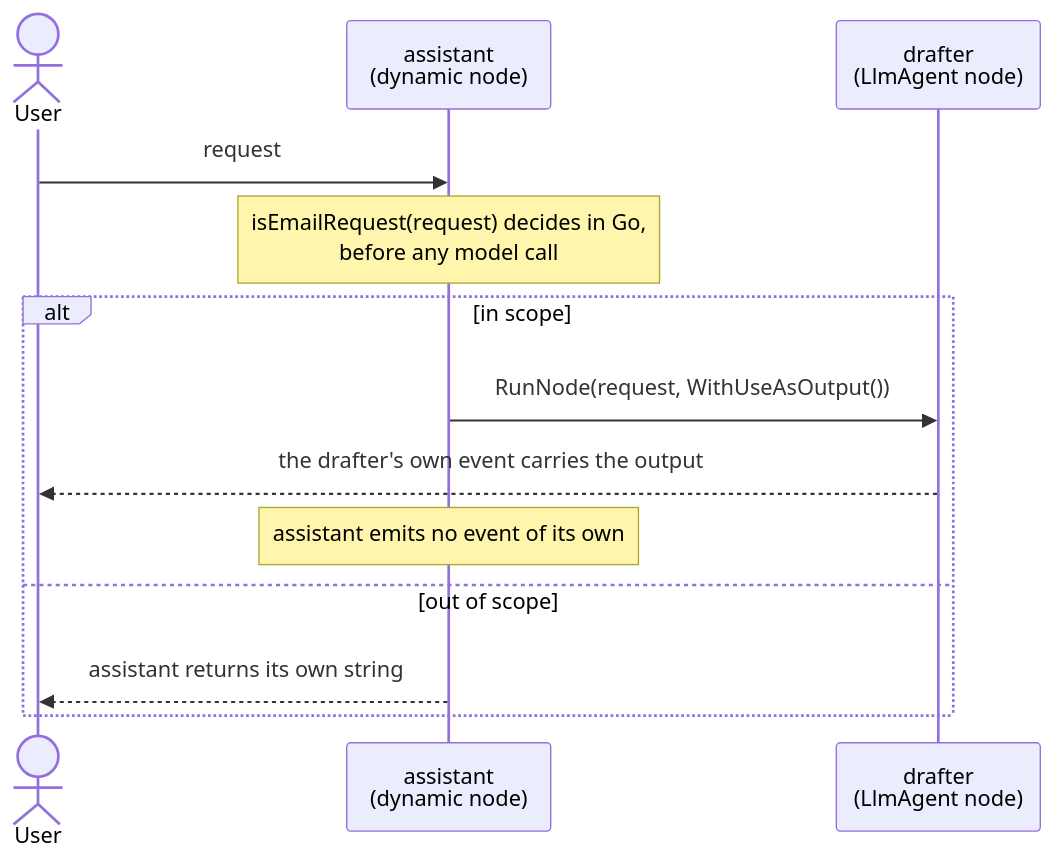
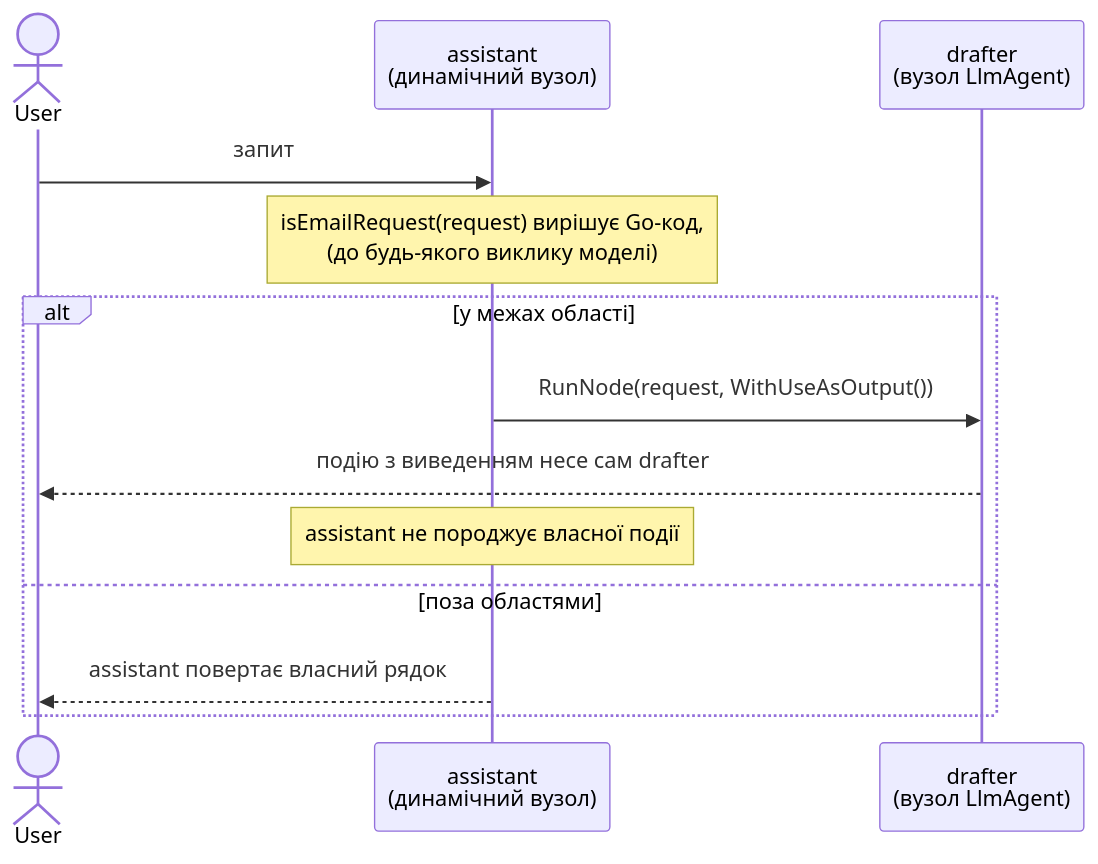
The diagram in demo/4_adk_examples/dynamic/use_as_output/README.md (EugeneZaharchenko/ai-ae-labs), drawn with Mermaid before and after one commit. The commit also changed other lines of this file and 23 other files, not shown here.

````diff
--- a/demo/4_adk_examples/dynamic/use_as_output/README.md
+++ b/demo/4_adk_examples/dynamic/use_as_output/README.md
@@ -53,17 +59,17 @@
 ```mermaid
 sequenceDiagram
     actor User
-    participant A as assistant<br/>(dynamic node)
-    participant D as drafter<br/>(LlmAgent node)
+    participant A as assistant<br/>(динамічний вузол)
+    participant D as drafter<br/>(вузол LlmAgent)
 
-    User->>A: request
-    Note over A: isEmailRequest(request) decides in Go,<br/>before any model call
+    User->>A: запит
+    Note over A: isEmailRequest(request) вирішує Go-код,<br/>(до будь-якого виклику моделі)
 
-    alt in scope
+    alt у межах області
         A->>D: RunNode(request, WithUseAsOutput())
-        D-->>User: the drafter's own event carries the output
-        Note over A: assistant emits no event of its own
-    else out of scope
-        A-->>User: assistant returns its own string
+        D-->>User: подію з виведенням несе сам drafter
+        Note over A: assistant не породжує власної події
+    else поза областями
+        A-->>User: assistant повертає власний рядок
     end
 ```
````
